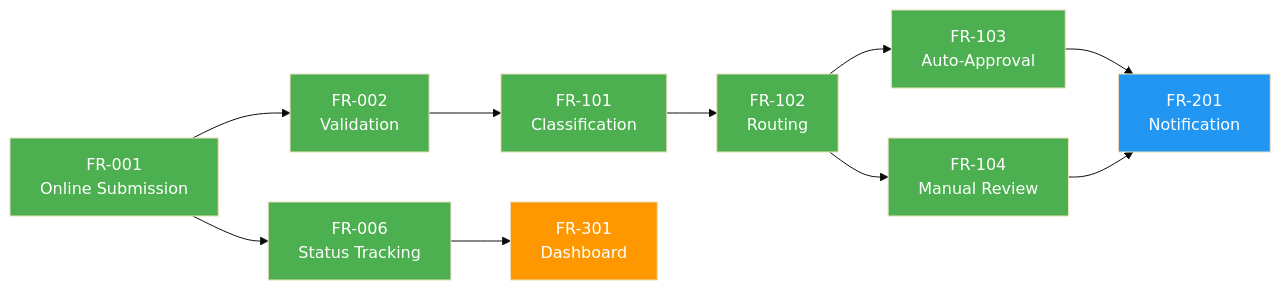
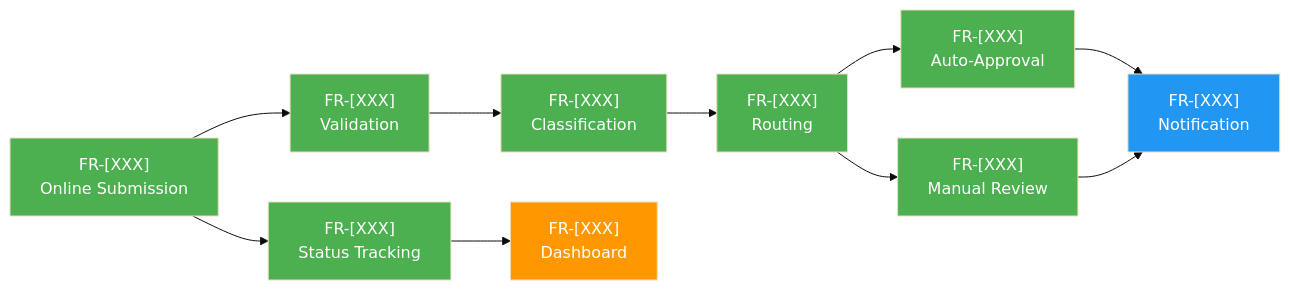
The second of 2 diagrams in document-template/04_Requirements_Engineering/Requirements-Architecture.md (oat431/swe-knowledge), drawn with Mermaid (base theme) before and after one commit. The commit also changed other lines of this file and 50 other files, not shown here.

````diff
--- a/document-template/04_Requirements_Engineering/Requirements-Architecture.md
+++ b/document-template/04_Requirements_Engineering/Requirements-Architecture.md
@@ -99,22 +99,22 @@
 ```mermaid
 flowchart LR
-    FR001[FR-001<br>Online Submission] --> FR002[FR-002<br>Validation]
-    FR002 --> FR101[FR-101<br>Classification]
-    FR101 --> FR102[FR-102<br>Routing]
-    FR102 --> FR103[FR-103<br>Auto-Approval]
-    FR102 --> FR104[FR-104<br>Manual Review]
-    FR001 --> FR006[FR-006<br>Status Tracking]
-    FR103 --> FR201[FR-201<br>Notification]
+    FR001["FR-[XXX]<br>Online Submission"] --> FR002["FR-[XXX]<br>Validation"]
+    FR002 --> FR101["FR-[XXX]<br>Classification"]
+    FR101 --> FR102["FR-[XXX]<br>Routing"]
+    FR102 --> FR103["FR-[XXX]<br>Auto-Approval"]
+    FR102 --> FR104["FR-[XXX]<br>Manual Review"]
+    FR001 --> FR006["FR-[XXX]<br>Status Tracking"]
+    FR103 --> FR201["FR-[XXX]<br>Notification"]
     FR104 --> FR201
-    FR006 --> FR301[FR-301<br>Dashboard]
+    FR006 --> FR301["FR-[XXX]<br>Dashboard"]
 
     style FR001 fill:#4CAF50,color:#fff
     style FR002 fill:#4CAF50,color:#fff
     style FR101 fill:#4CAF50,color:#fff
     style FR102 fill:#4CAF50,color:#fff
     style FR103 fill:#4CAF50,color:#fff
     style FR104 fill:#4CAF50,color:#fff
     style FR006 fill:#4CAF50,color:#fff
     style FR201 fill:#2196F3,color:#fff
     style FR301 fill:#FF9800,color:#fff
 ```
````
